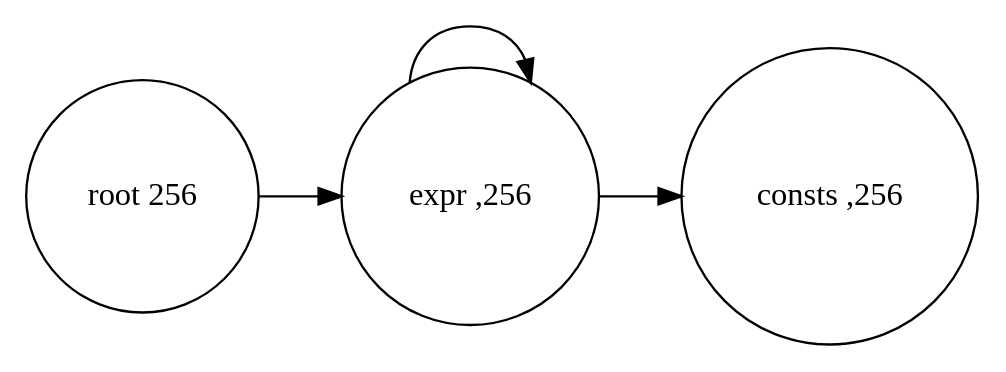
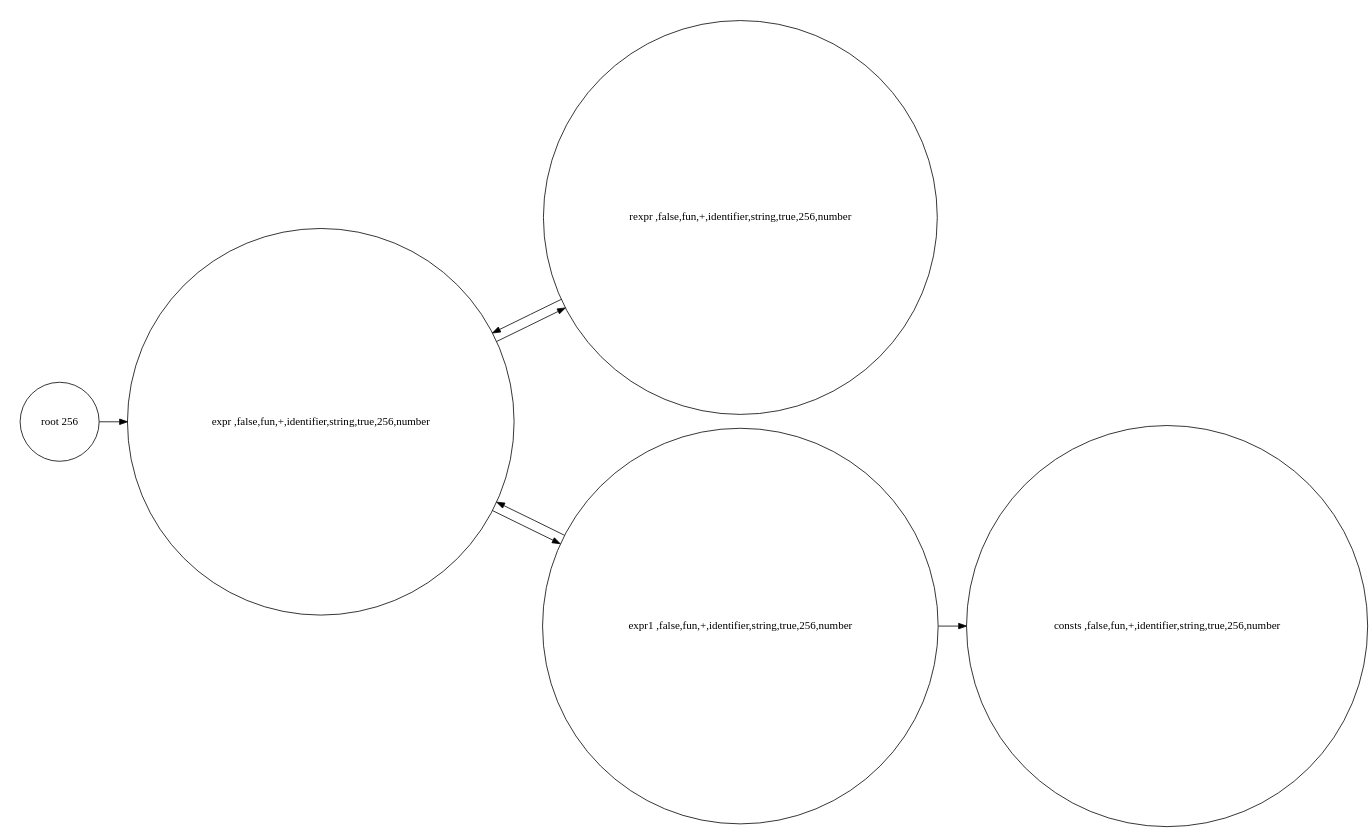
Before and after one commit to leegao/LuaInLua: the diagram in testing/test.dot, drawn with Graphviz. The commit also changed 1 other file, not shown here.

```diff
--- a/testing/test.dot
+++ b/testing/test.dot
@@ -1,11 +1,16 @@
 digraph {
   rankdir=LR;
   size="8,5"
   node[shape=circle,label=""];
   root[label="root 256"];
-  consts[label="consts ,256"];
-  expr[label="expr ,256"];
+  rexpr[label="rexpr ,false,fun,+,identifier,string,true,256,number"];
+  consts[label="consts ,false,fun,+,identifier,string,true,256,number"];
+  expr1[label="expr1 ,false,fun,+,identifier,string,true,256,number"];
+  expr[label="expr ,false,fun,+,identifier,string,true,256,number"];
     root -> expr[label=""];
-    expr -> consts[label=""];
-    expr -> expr[label=""];
+    rexpr -> expr[label=""];
+    expr1 -> consts[label=""];
+    expr1 -> expr[label=""];
+    expr -> rexpr[label=""];
+    expr -> expr1[label=""];
 }
```
